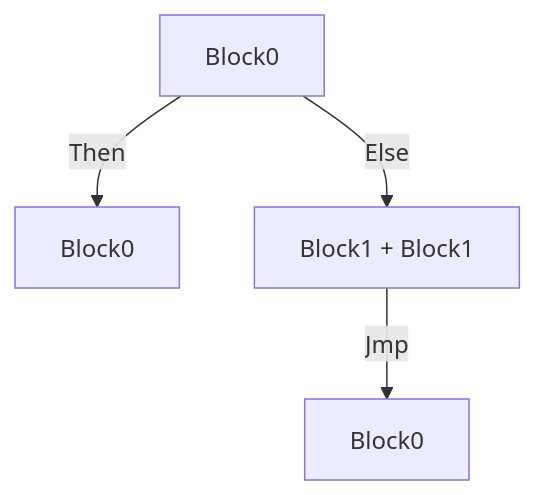
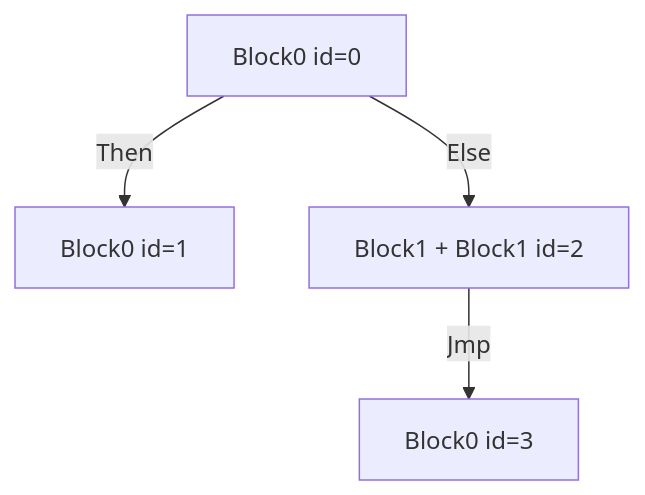
Before and after one commit to defkit/branching_overview: the seventh of 9 diagrams in README.md, drawn with Mermaid. The commit also changed other lines of this file, not shown here.

````diff
--- a/README.md
+++ b/README.md
@@ -82,6 +82,6 @@
 ```mermaid
 graph TD;
-    b0[Block0]-->|Then| b1[Block0]
-    b0[Block0]-->|Else| b2[Block1 + Block1]
-    b2-->|Jmp| b3[Block0]
+    b0[Block0 id=0]-->|Then| b1[Block0 id=1]
+    b0[Block0 id=0]-->|Else| b2[Block1 + Block1 id=2]
+    b2-->|Jmp| b3[Block0 id=3]
 ```
````
